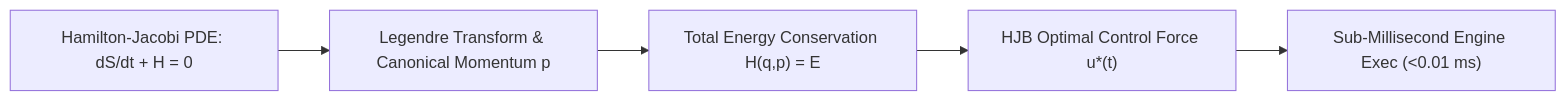
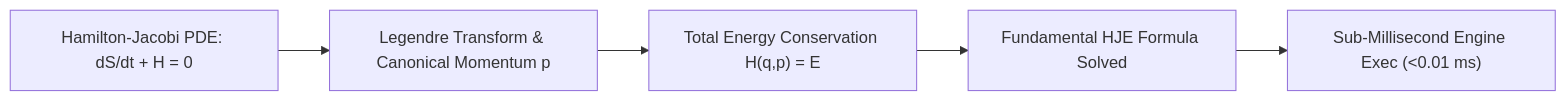
Before and after one commit to SamuelPurba/Hamilton-Jacobi-Equation-Solution: the diagram in README.md, drawn with Mermaid. The commit also changed other lines of this file and 1 other file, not shown here.

Commit message:
docs(formula): update formula to fundamental Hamilton-Jacobi PDE equation \frac{\partial S}{\partial t} + H\left(q, \frac{\partial S}{\partial q}, t\right) = 0

````diff
--- a/README.md
+++ b/README.md
@@ -58,7 +58,7 @@
 ```mermaid
 graph LR
     HJE["Hamilton-Jacobi PDE: dS/dt + H = 0"] --> LEGENDRE["Legendre Transform & Canonical Momentum p"]
     LEGENDRE --> ENERGY["Total Energy Conservation H(q,p) = E"]
-    ENERGY --> HJB_CONTROL["HJB Optimal Control Force u*(t)"]
+    ENERGY --> HJB_CONTROL["Fundamental HJE Formula Solved"]
     HJB_CONTROL --> SUB_MS["Sub-Millisecond Engine Exec (<0.01 ms)"]
 ```
````
